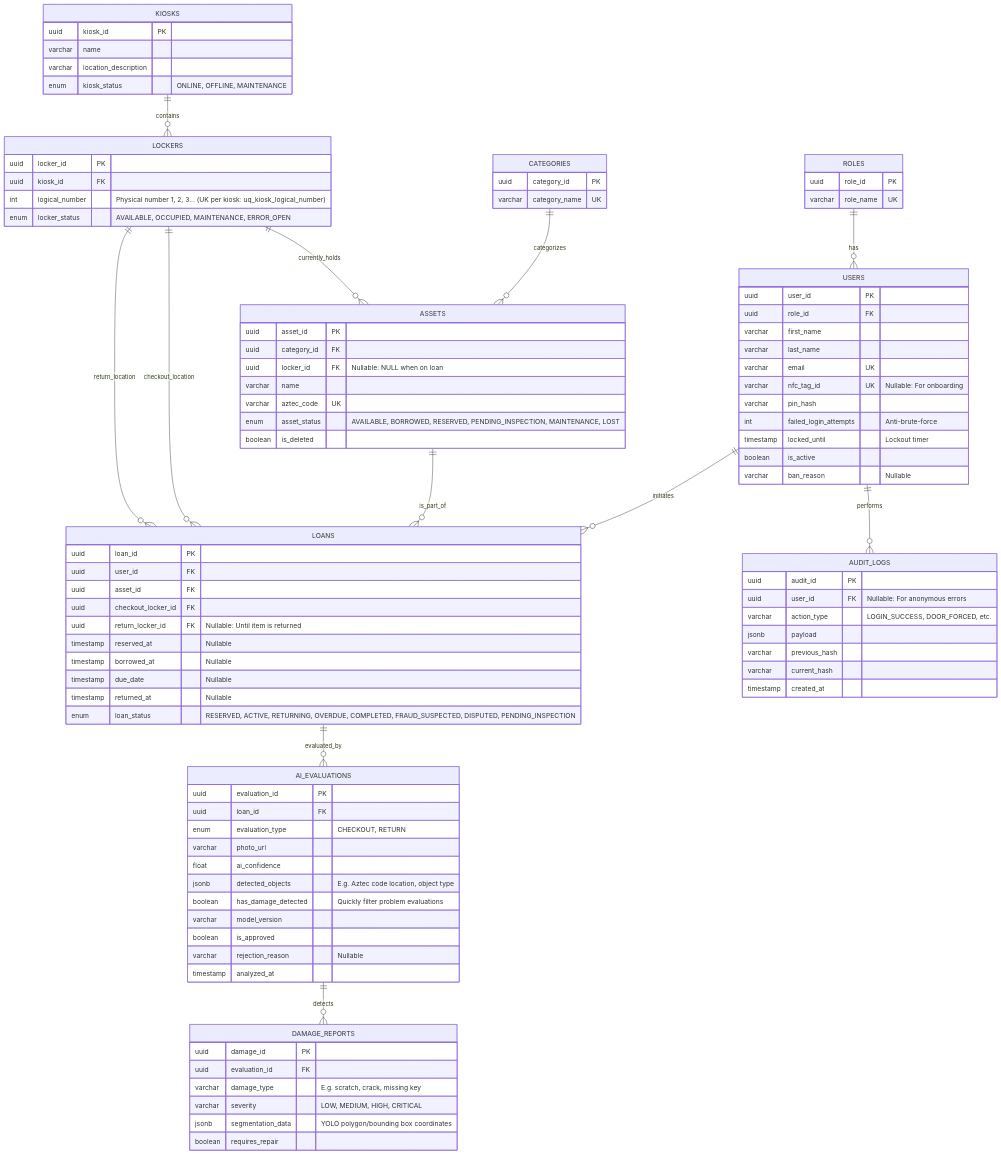
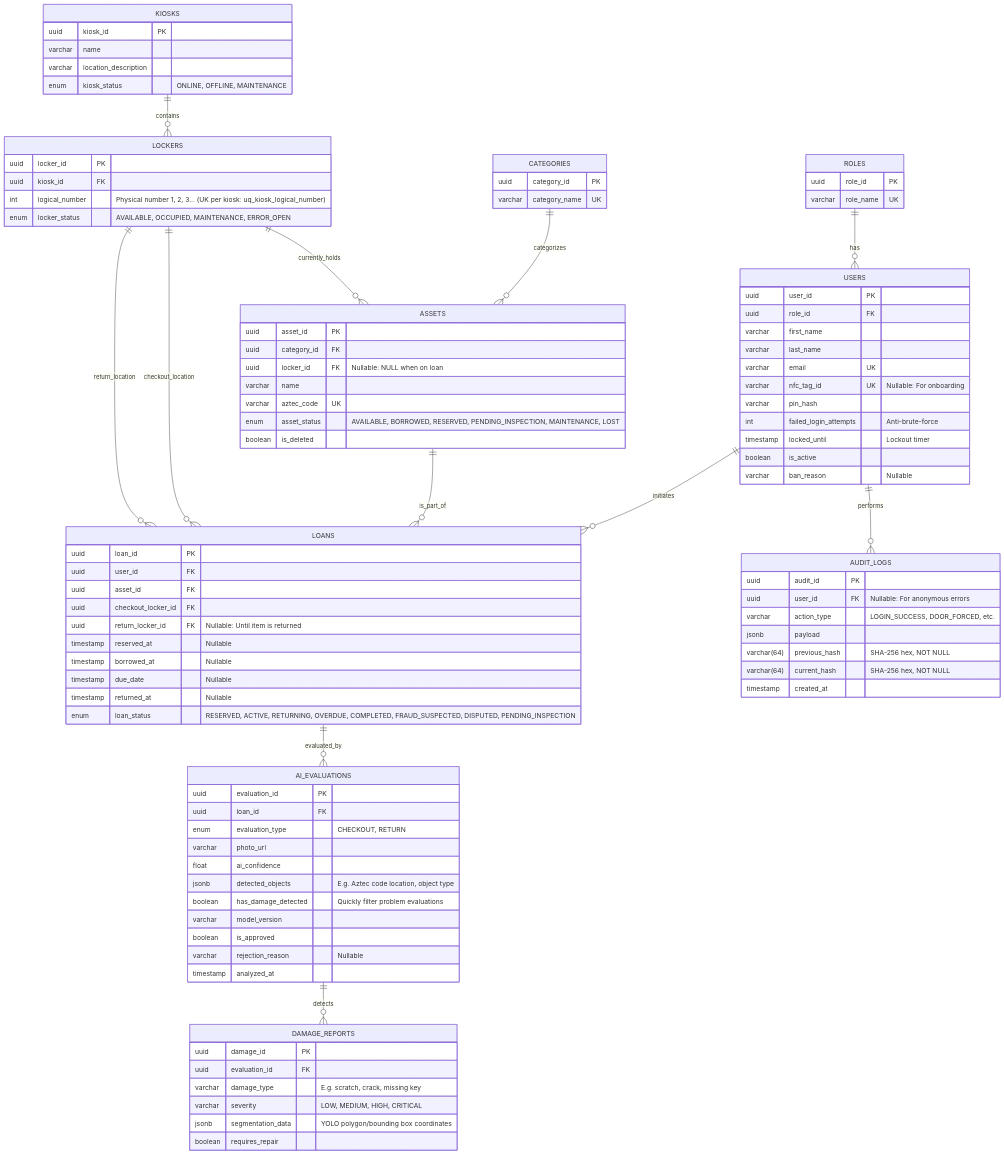
One commit to easylend-practice-enterprise/easylend changed the third of 3 diagrams in docs/architecture.md. Above: the diagram before and after it, drawn with Mermaid. The commit also changed 4 other files, not shown here.

```diff
--- a/docs/architecture.md
+++ b/docs/architecture.md
@@ -245,8 +245,8 @@
         uuid user_id FK "Nullable: For anonymous errors"
         varchar action_type "LOGIN_SUCCESS, DOOR_FORCED, etc."
         jsonb payload
-        varchar previous_hash
-        varchar current_hash
+        varchar(64) previous_hash "SHA-256 hex, NOT NULL"
+        varchar(64) current_hash "SHA-256 hex, NOT NULL"
         timestamp created_at
     }
 
```
